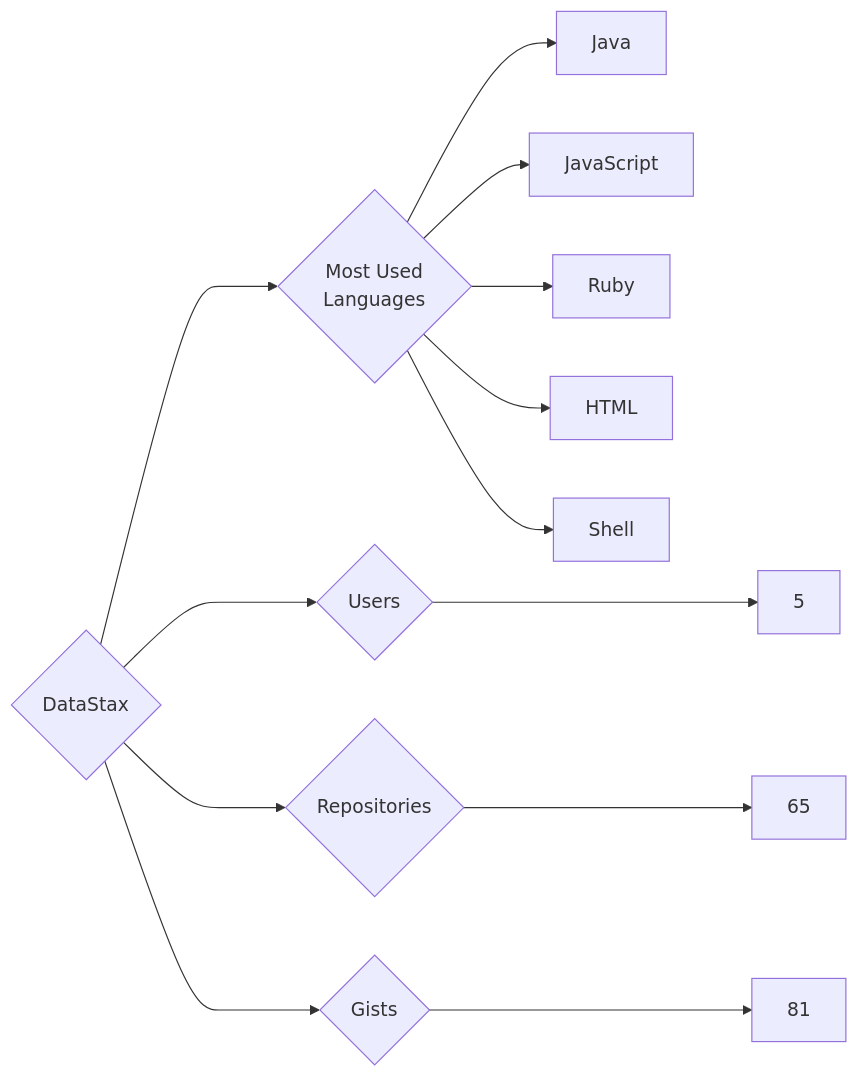
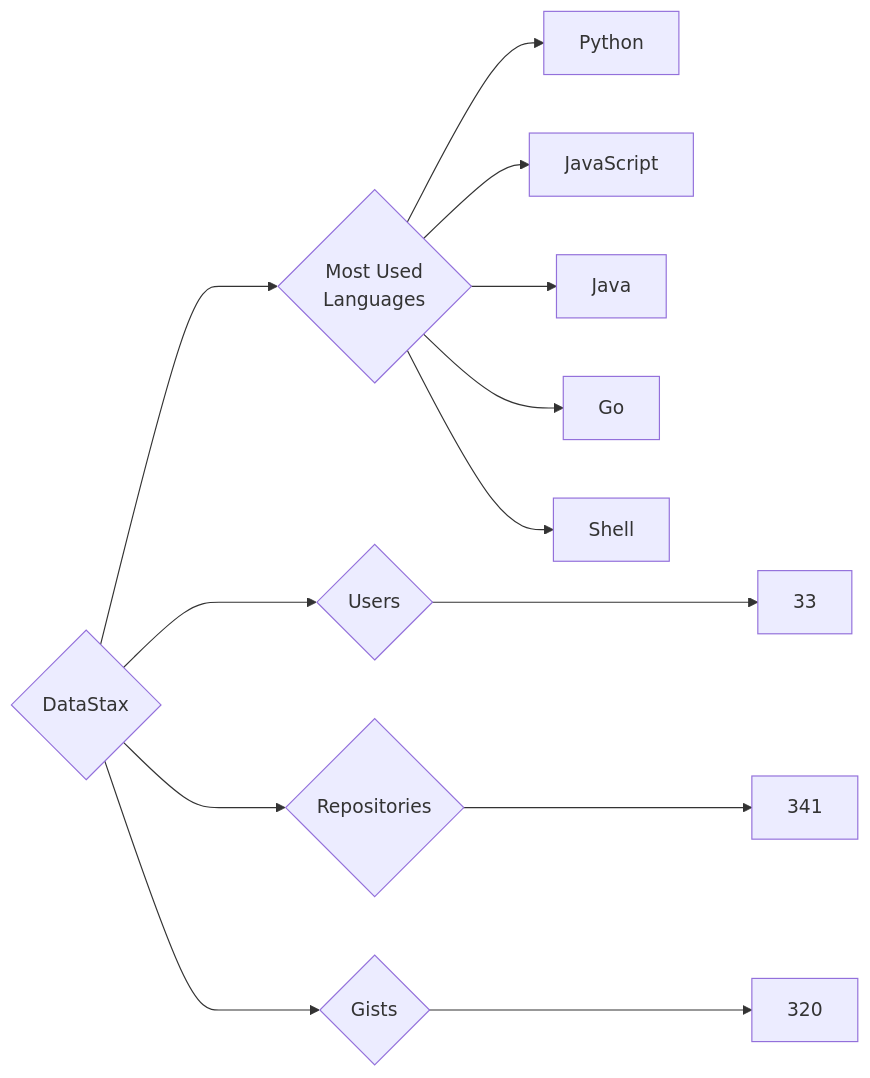
The diagram in targets/DataStax/README.md (trickest/insiders), drawn with Mermaid before and after one commit. The commit also changed 984 other files, not shown here.

````diff
--- a/targets/DataStax/README.md
+++ b/targets/DataStax/README.md
@@ -3,13 +3,13 @@
 ```mermaid
 graph LR
 COMPANY_NAME{DataStax}
-COMPANY_NAME ---> U{Users} ---> UN[5]
-COMPANY_NAME ---> R{Repositories} ---> RN[65]
-COMPANY_NAME ---> G{Gists} ---> GN[81]
+COMPANY_NAME ---> U{Users} ---> UN[33]
+COMPANY_NAME ---> R{Repositories} ---> RN[341]
+COMPANY_NAME ---> G{Gists} ---> GN[320]
 COMPANY_NAME ---> ML{Most Used<br>Languages}
+ML --> Python[Python]
+ML --> JavaScript[JavaScript]
 ML --> Java[Java]
-ML --> JavaScript[JavaScript]
-ML --> Ruby[Ruby]
-ML --> HTML[HTML]
+ML --> Go[Go]
 ML --> Shell[Shell]
 ```
````
